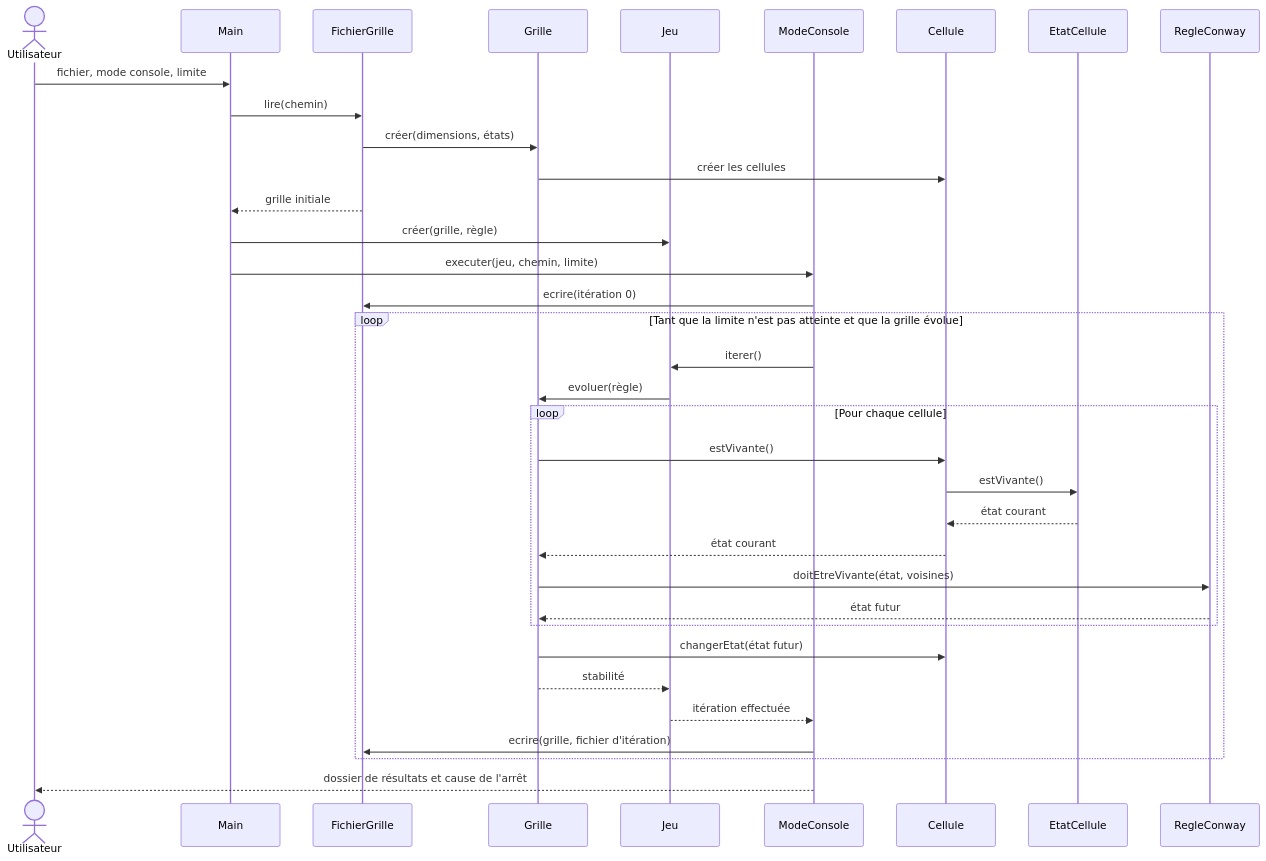
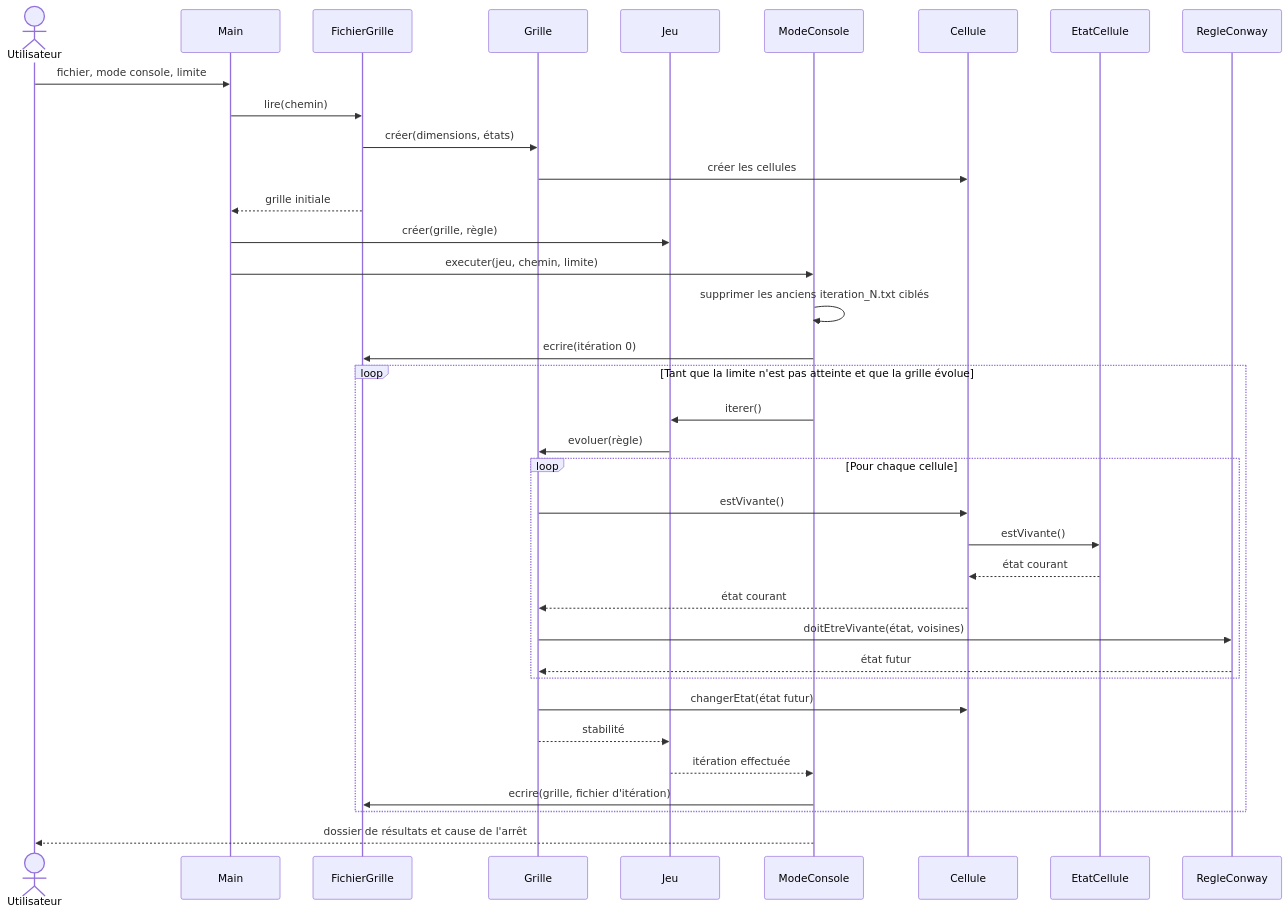
Before and after one commit to VictorCESIVA/jeu-de-la-vie-poo: the third of 3 diagrams in CONCEPTION.md, drawn with Mermaid. The commit also changed other lines of this file and 12 other files, not shown here.

````diff
--- a/CONCEPTION.md
+++ b/CONCEPTION.md
@@ -163,38 +195,39 @@
 ```mermaid
 sequenceDiagram
     actor Utilisateur
     participant Main
     participant Fichier as FichierGrille
     participant Grille
     participant Jeu
     participant Console as ModeConsole
     participant Cellule
     participant Etat as EtatCellule
     participant Regle as RegleConway
 
     Utilisateur->>Main: fichier, mode console, limite
     Main->>Fichier: lire(chemin)
     Fichier->>Grille: créer(dimensions, états)
     Grille->>Cellule: créer les cellules
     Fichier-->>Main: grille initiale
     Main->>Jeu: créer(grille, règle)
     Main->>Console: executer(jeu, chemin, limite)
+    Console->>Console: supprimer les anciens iteration_N.txt ciblés
     Console->>Fichier: ecrire(itération 0)
     loop Tant que la limite n'est pas atteinte et que la grille évolue
         Console->>Jeu: iterer()
         Jeu->>Grille: evoluer(règle)
         loop Pour chaque cellule
             Grille->>Cellule: estVivante()
             Cellule->>Etat: estVivante()
             Etat-->>Cellule: état courant
             Cellule-->>Grille: état courant
             Grille->>Regle: doitEtreVivante(état, voisines)
             Regle-->>Grille: état futur
         end
         Grille->>Cellule: changerEtat(état futur)
         Grille-->>Jeu: stabilité
         Jeu-->>Console: itération effectuée
         Console->>Fichier: ecrire(grille, fichier d'itération)
     end
     Console-->>Utilisateur: dossier de résultats et cause de l'arrêt
 ```
````
